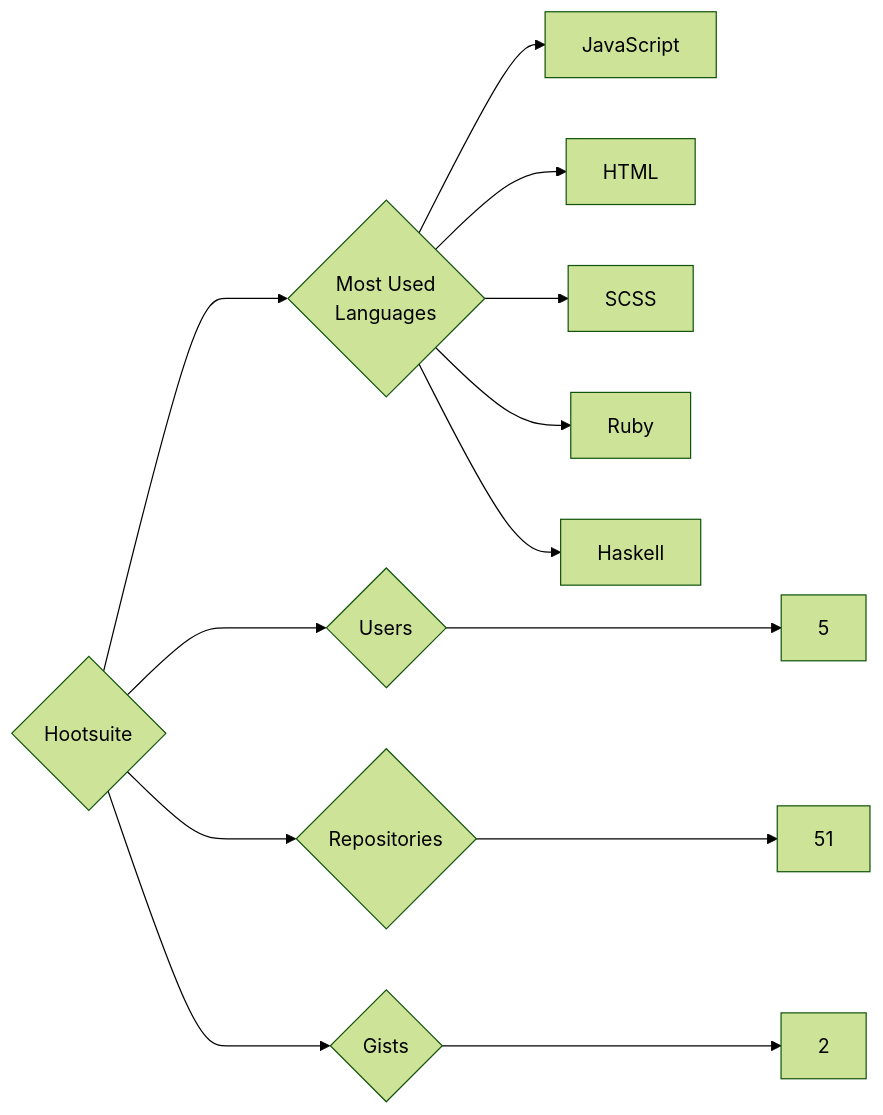
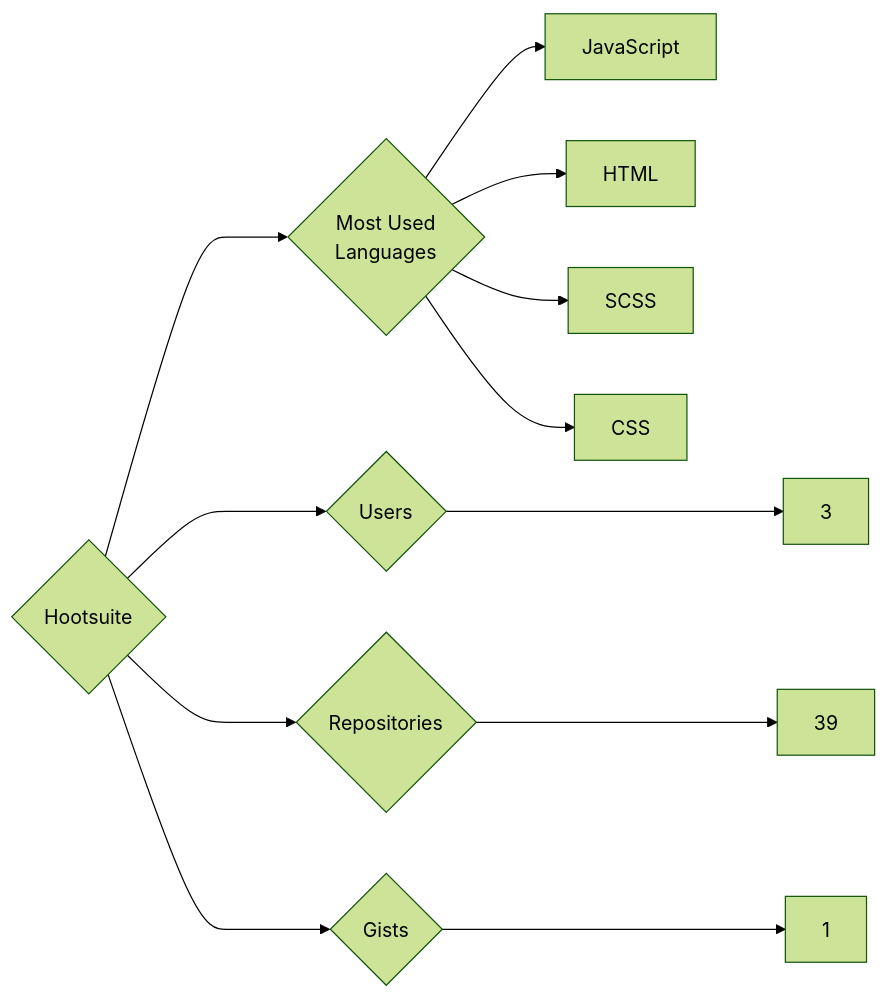
One commit to trickest/insiders changed the diagram in targets/Hootsuite/README.md. Above: the diagram before and after it, drawn with Mermaid (forest theme). The commit also changed 1078 other files, not shown here.

````diff
--- a/targets/Hootsuite/README.md
+++ b/targets/Hootsuite/README.md
@@ -3,13 +3,12 @@
 ```mermaid
 graph LR
 COMPANY_NAME{Hootsuite}
-COMPANY_NAME ---> U{Users} ---> UN[5]
-COMPANY_NAME ---> R{Repositories} ---> RN[51]
-COMPANY_NAME ---> G{Gists} ---> GN[2]
+COMPANY_NAME ---> U{Users} ---> UN[3]
+COMPANY_NAME ---> R{Repositories} ---> RN[39]
+COMPANY_NAME ---> G{Gists} ---> GN[1]
 COMPANY_NAME ---> ML{Most Used<br>Languages}
 ML --> JavaScript[JavaScript]
 ML --> HTML[HTML]
 ML --> SCSS[SCSS]
-ML --> Ruby[Ruby]
-ML --> Haskell[Haskell]
+ML --> CSS[CSS]
 ```
````
